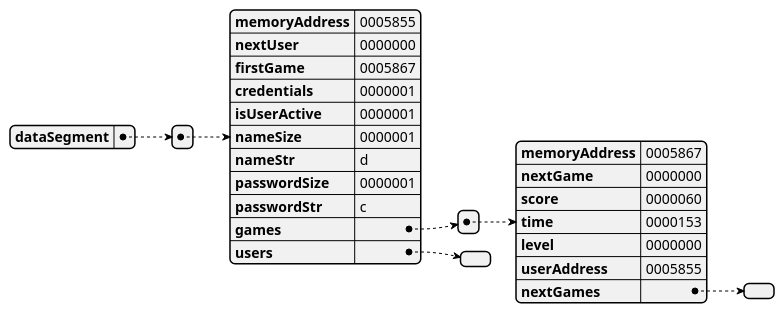
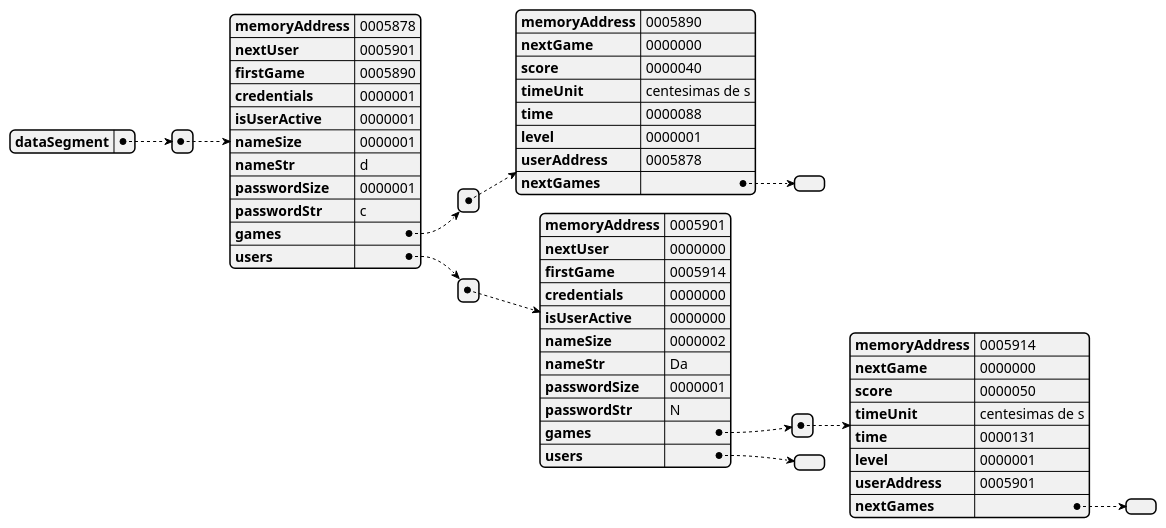
One commit to danielcuque/ACE1-PROYECTO2 changed the diagram in docs/uml/README.md. Above: the diagram before and after it, drawn with PlantUML. The commit also changed 3 other files, not shown here.

Commit message:
fix: write user address in game section

`````diff
--- a/docs/uml/README.md
+++ b/docs/uml/README.md
@@ -1,22 +1,38 @@
 ````plantuml
 @startjson memoryGraph
 {"dataSegment":
-[{"memoryAddress":"0005855",
-"nextUser":"0000000",
-"firstGame":"0005867",
+[{"memoryAddress":"0005878",
+"nextUser":"0005901",
+"firstGame":"0005890",
 "credentials":"0000001",
 "isUserActive":"0000001",
 "nameSize":"0000001",
 "nameStr":"d",
 "passwordSize":"0000001",
 "passwordStr":"c",
-"games":[{"memoryAddress":"0005867",
+"games":[{"memoryAddress":"0005890",
 "nextGame":"0000000",
-"score":"0000060",
-"time":"0000153",
-"level":"0000000",
-"userAddress":"0005855",
+"score":"0000040",
+"timeUnit":"centesimas de s","time":"0000088",
+"level":"0000001",
+"userAddress":"0005878",
 "nextGames":[]}],
-"users":[]}]}
+"users":[{"memoryAddress":"0005901",
+"nextUser":"0000000",
+"firstGame":"0005914",
+"credentials":"0000000",
+"isUserActive":"0000000",
+"nameSize":"0000002",
+"nameStr":"Da",
+"passwordSize":"0000001",
+"passwordStr":"N",
+"games":[{"memoryAddress":"0005914",
+"nextGame":"0000000",
+"score":"0000050",
+"timeUnit":"centesimas de s","time":"0000131",
+"level":"0000001",
+"userAddress":"0005901",
+"nextGames":[]}],
+"users":[]}]}]}
 @endjson
 ````
`````
